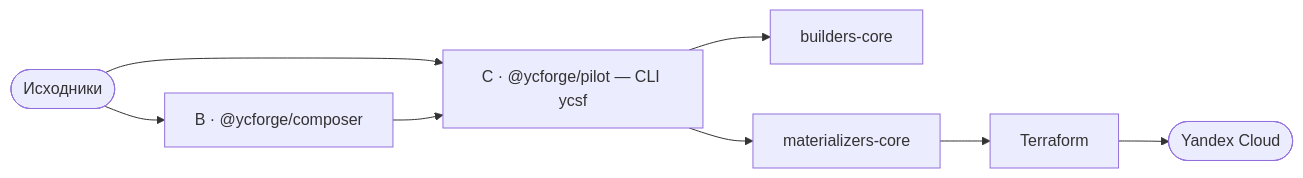
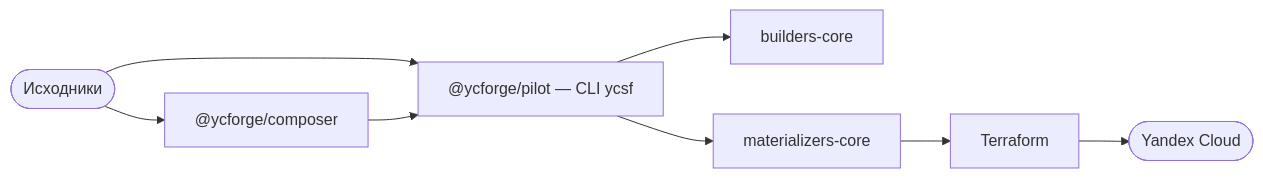
One commit to ycforge/serverless-tools changed the second of 2 diagrams in README.md. Above: the diagram before and after it, drawn with Mermaid. The commit also changed other lines of this file and 1 other file, not shown here.

````diff
--- a/README.md
+++ b/README.md
@@ -70,10 +68,10 @@
 ```mermaid
 flowchart LR
-  Src([Исходники]) --> B["B · @ycforge/composer"]
-  Src --> C["C · @ycforge/pilot — CLI ycsf"]
-  B --> C
-  C --> Builders[builders-core]
-  C --> Materializers[materializers-core]
+  Src([Исходники]) --> Composer["@ycforge/composer"]
+  Src --> Pilot["@ycforge/pilot — CLI ycsf"]
+  Composer --> Pilot
+  Pilot --> Builders[builders-core]
+  Pilot --> Materializers[materializers-core]
   Materializers --> TF[Terraform]
   TF --> Cloud([Yandex Cloud])
 ```
````
